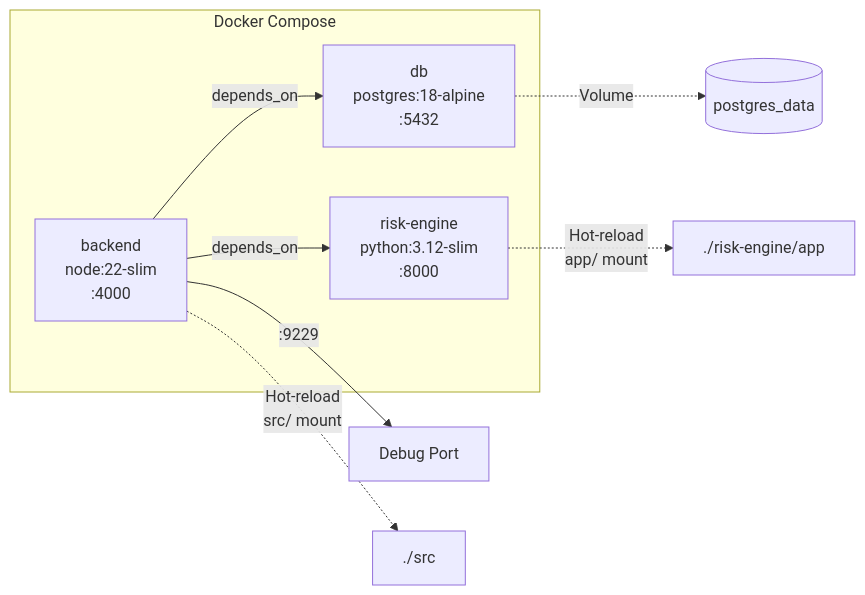
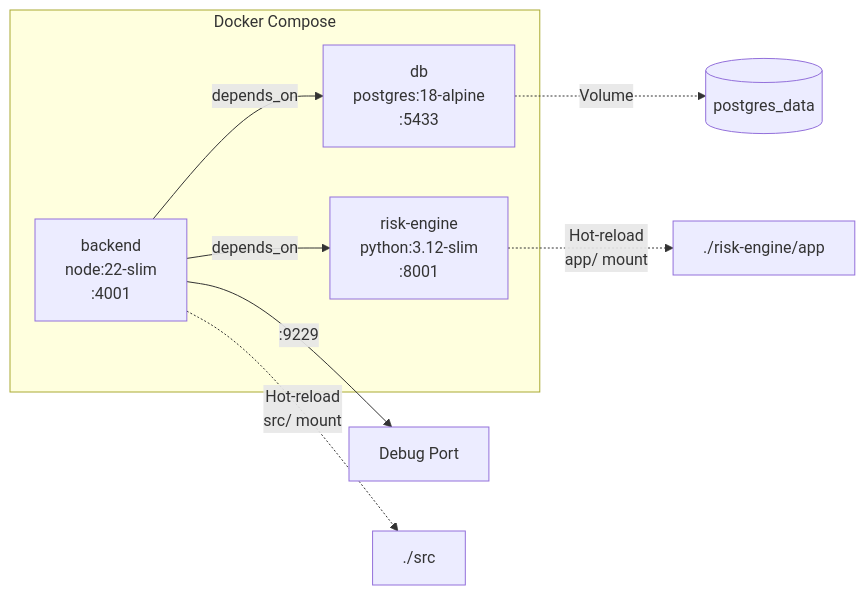
The third of 4 diagrams in README.md (rudra-sah00/cosmic-watch-backend), drawn with Mermaid before and after one commit. The commit also changed other lines of this file and 8 other files, not shown here.

````diff
--- a/README.md
+++ b/README.md
@@ -239,12 +239,12 @@
 ```mermaid
 graph LR
     subgraph Docker Compose
-        BE["backend<br/>node:22-slim<br/>:4000"] -- depends_on --> DB["db<br/>postgres:18-alpine<br/>:5432"]
-        BE -- depends_on --> RE["risk-engine<br/>python:3.12-slim<br/>:8000"]
+        BE["backend<br/>node:22-slim<br/>:4001"] -- depends_on --> DB["db<br/>postgres:18-alpine<br/>:5433"]
+        BE -- depends_on --> RE["risk-engine<br/>python:3.12-slim<br/>:8001"]
     end
 
     BE -- ":9229" --> DBG["Debug Port"]
     BE -. "Hot-reload<br/>src/ mount" .-> SRC["./src"]
     RE -. "Hot-reload<br/>app/ mount" .-> PY["./risk-engine/app"]
     DB -. "Volume" .-> VOL[("postgres_data")]
 ```
````
